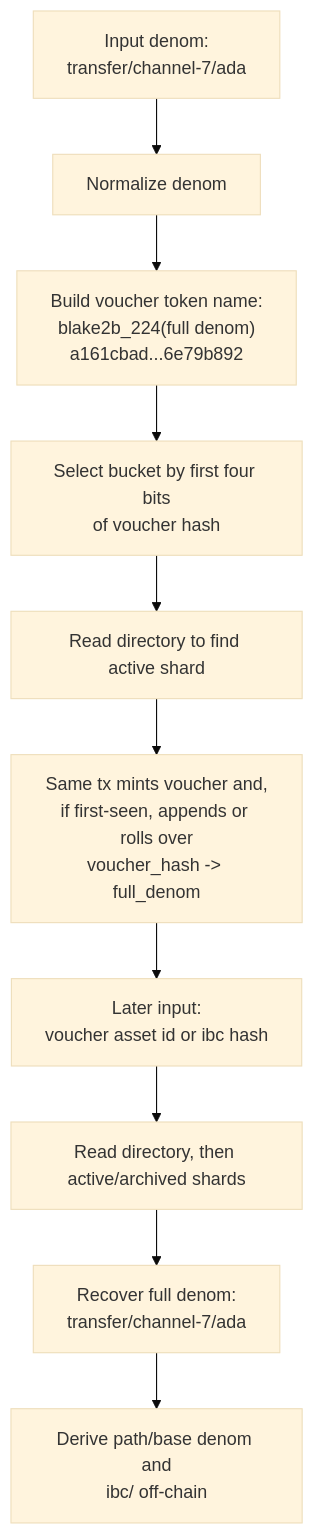
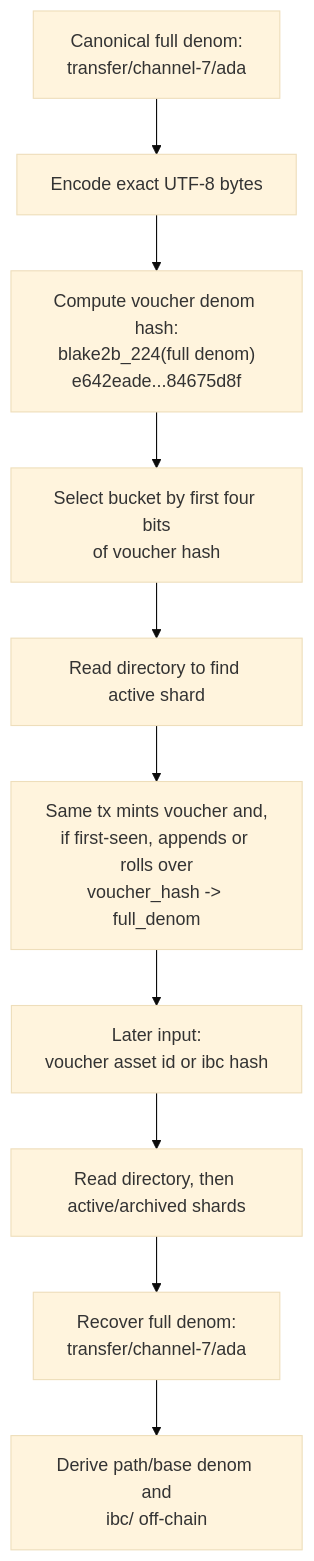
The diagram in docs/denom-trace-mapping.md (cardano-foundation/cardano-ibc-incubator), drawn with Mermaid (base theme) before and after one commit. The commit also changed other lines of this file and 10 other files, not shown here.

````diff
--- a/docs/denom-trace-mapping.md
+++ b/docs/denom-trace-mapping.md
@@ -12,12 +14,12 @@
 ```mermaid
 flowchart TB
-  A["Input denom:<br/>transfer/channel-7/ada"] --> B["Normalize denom"]
-  B --> C["Build voucher token name:<br/>blake2b_224(full denom)<br/>a161cbad...6e79b892"]
+  A["Canonical full denom:<br/>transfer/channel-7/ada"] --> B["Encode exact UTF-8 bytes"]
+  B --> C["Compute voucher denom hash:<br/>blake2b_224(full denom)<br/>e642eade...84675d8f"]
   C --> D["Select bucket by first four bits<br/>of voucher hash"]
   D --> E["Read directory to find active shard"]
   E --> F["Same tx mints voucher and,<br/>if first-seen, appends or rolls over<br/>voucher_hash -> full_denom"]
   F --> G["Later input:<br/>voucher asset id or ibc hash"]
   G --> H["Read directory, then active/archived shards"]
   H --> I["Recover full denom:<br/>transfer/channel-7/ada"]
   I --> J["Derive path/base denom and<br/>ibc/<hash> off-chain"]
 ```
````
